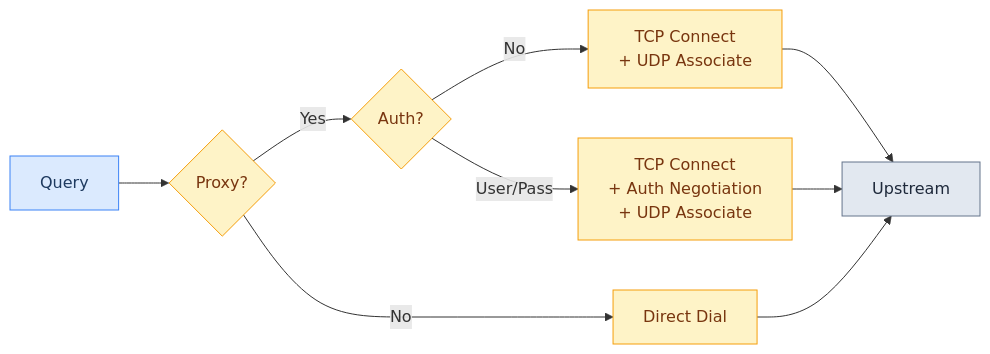
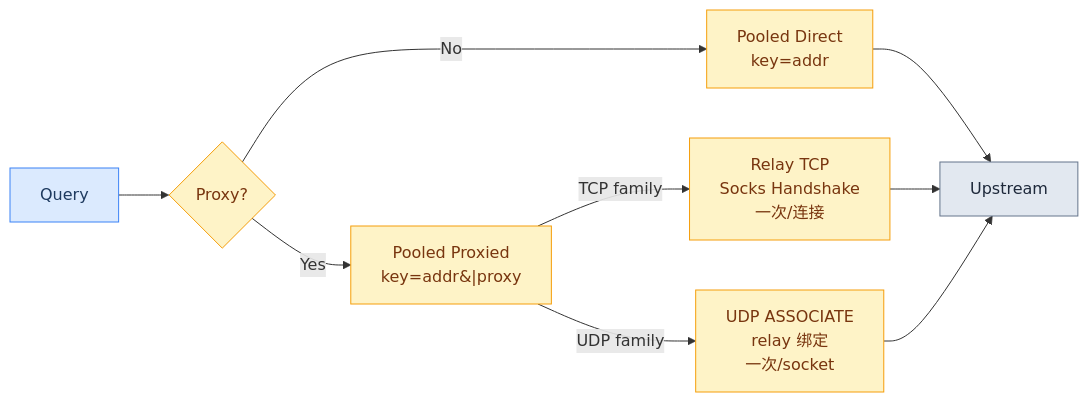
One commit to hezhijie0327/ZJDNS changed diagram 25 of 29 in docs/FLOWCHARTS.md. Above: the diagram before and after it, drawn with Mermaid. The commit also changed other lines of this file and 3 other files, not shown here.

First line of the commit message:
docs: sync pool/SOCKS5 architecture, flowcharts, and RFC guideline

````diff
--- a/docs/FLOWCHARTS.md
+++ b/docs/FLOWCHARTS.md
@@ -753,17 +761,17 @@
 ```mermaid
 graph LR
     Q[Query] --> PROXY{Proxy?}
-    PROXY -->|No| DIRECT[Direct Dial]
-    PROXY -->|Yes| AUTH{Auth?}
-    AUTH -->|No| NOAUTH[TCP Connect<br/>+ UDP Associate]
-    AUTH -->|User/Pass| UPAUTH[TCP Connect<br/>+ Auth Negotiation<br/>+ UDP Associate]
-    NOAUTH --> UP[Upstream]
-    UPAUTH --> UP
-    DIRECT --> UP
+    PROXY -->|No| POOL[Pooled Direct<br/>key=addr]
+    PROXY -->|Yes| POOLP[Pooled Proxied<br/>key=addr&#124;proxy]
+    POOLP -->|TCP family| TCPR[Relay TCP<br/>Socks Handshake<br/>一次/连接]
+    POOLP -->|UDP family| UDPR[UDP ASSOCIATE<br/>relay 绑定<br/>一次/socket]
+    POOL --> UP[Upstream]
+    TCPR --> UP
+    UDPR --> UP
     classDef query fill:#dbeafe,stroke:#3b82f6,color:#1e3a5f
     classDef proc fill:#fef3c7,stroke:#f59e0b,color:#78350f
     classDef ext fill:#e2e8f0,stroke:#64748b,color:#1e293b
     class Q query
-    class PROXY,AUTH,NOAUTH,UPAUTH,DIRECT proc
+    class PROXY,POOL,POOLP,TCPR,UDPR proc
     class UP ext
 ```
````
